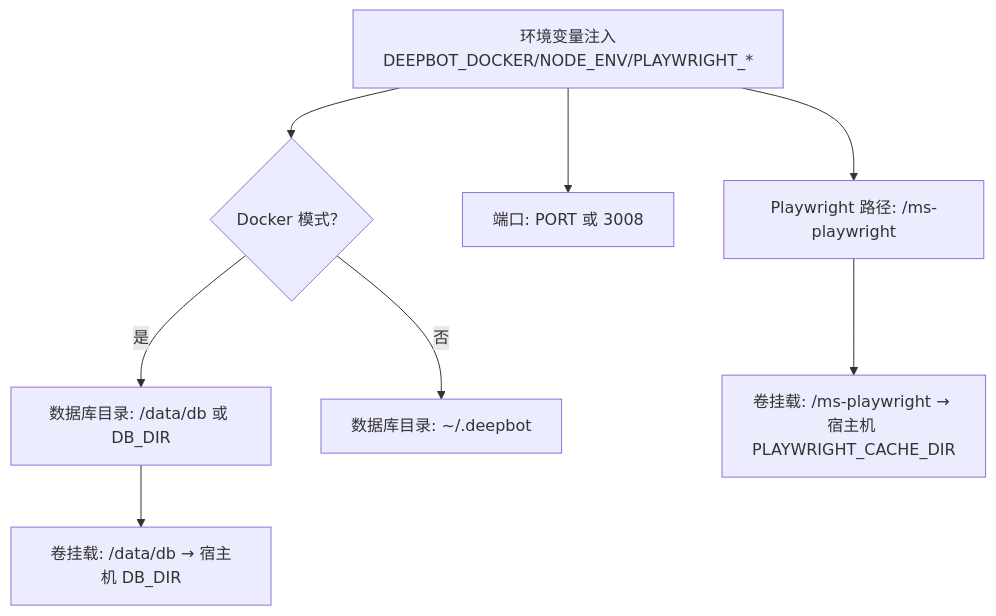
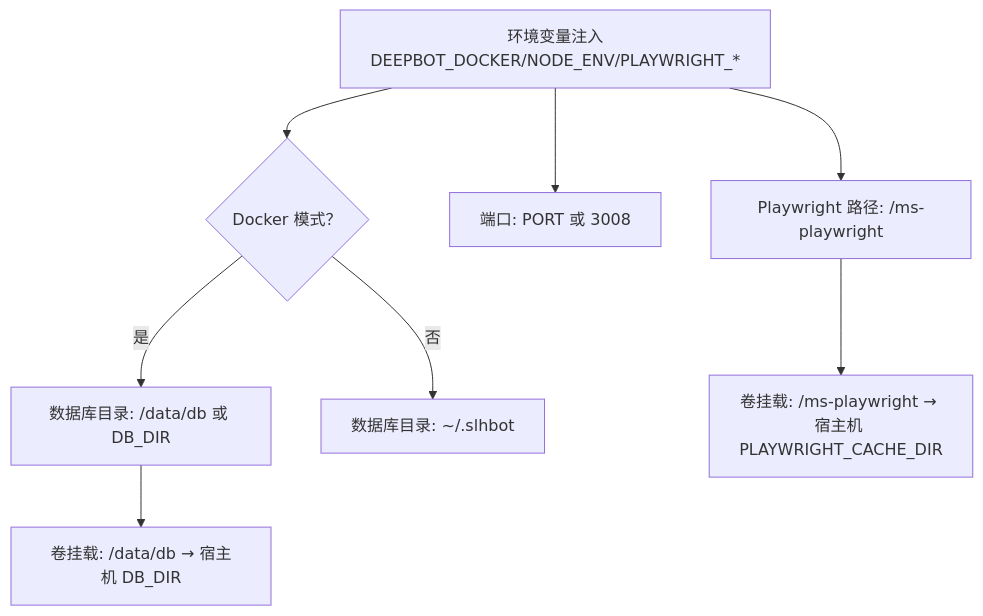
Before and after one commit to HEROhuqinchao/deepbot: the fifth of 8 diagrams in .qoder/repowiki/zh/content/开发和部署/Docker 部署.md, drawn with Mermaid. The commit also changed other lines of this file and 250 other files, not shown here.

````diff
--- a/.qoder/repowiki/zh/content/开发和部署/Docker 部署.md
+++ b/.qoder/repowiki/zh/content/开发和部署/Docker 部署.md
@@ -217,10 +217,10 @@
 ```mermaid
 flowchart TD
 Env["环境变量注入<br/>DEEPBOT_DOCKER/NODE_ENV/PLAYWRIGHT_*"] --> Mode{"Docker 模式？"}
 Mode --> |是| DBPath["数据库目录: /data/db 或 DB_DIR"]
-Mode --> |否| HomeDB["数据库目录: ~/.deepbot"]
+Mode --> |否| HomeDB["数据库目录: ~/.slhbot"]
 Env --> Port["端口: PORT 或 3008"]
 Env --> PW["Playwright 路径: /ms-playwright"]
 DBPath --> Vol["卷挂载: /data/db → 宿主机 DB_DIR"]
 PW --> Vol2["卷挂载: /ms-playwright → 宿主机 PLAYWRIGHT_CACHE_DIR"]
 ```
````
